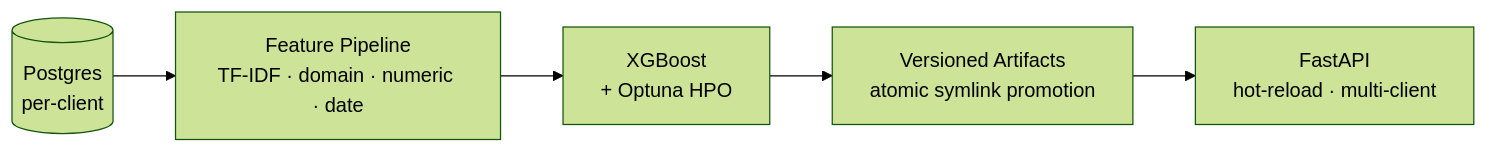
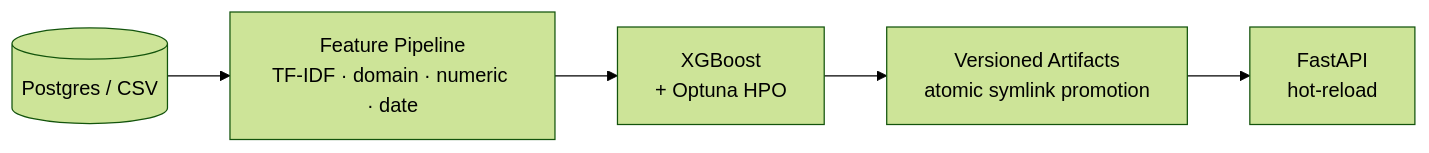
One commit to nlorber/nlorber changed the third of 4 diagrams in README.md. Above: the diagram before and after it, drawn with Mermaid (forest theme). The commit also changed other lines of this file, not shown here.

````diff
--- a/README.md
+++ b/README.md
@@ -51,7 +51,7 @@
 ```mermaid
 flowchart LR
-    DB[(Postgres\nper-client)] --> FE[Feature Pipeline\nTF-IDF · domain · numeric · date]
+    DB[(Postgres / CSV)] --> FE[Feature Pipeline\nTF-IDF · domain · numeric · date]
     FE --> XGB[XGBoost\n+ Optuna HPO]
     XGB --> ART[Versioned Artifacts\natomic symlink promotion]
-    ART --> API[FastAPI\nhot-reload · multi-client]
+    ART --> API[FastAPI\nhot-reload]
 ```
````
